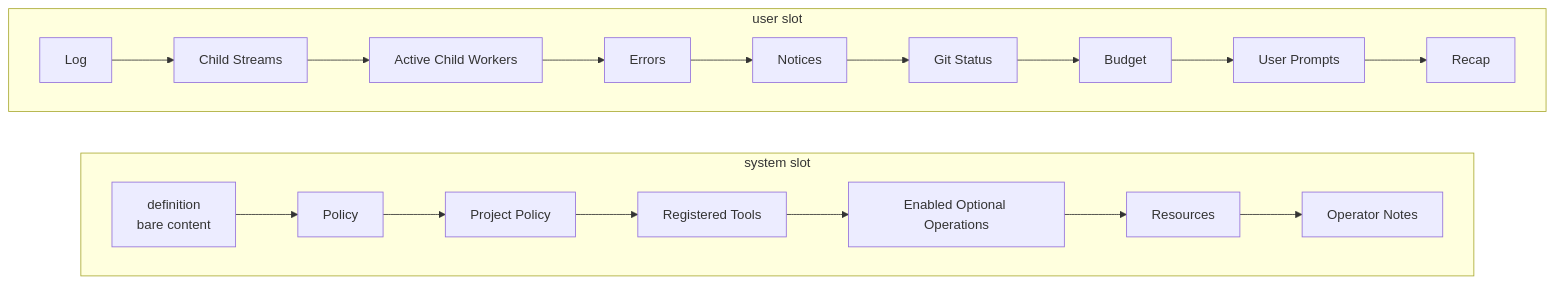
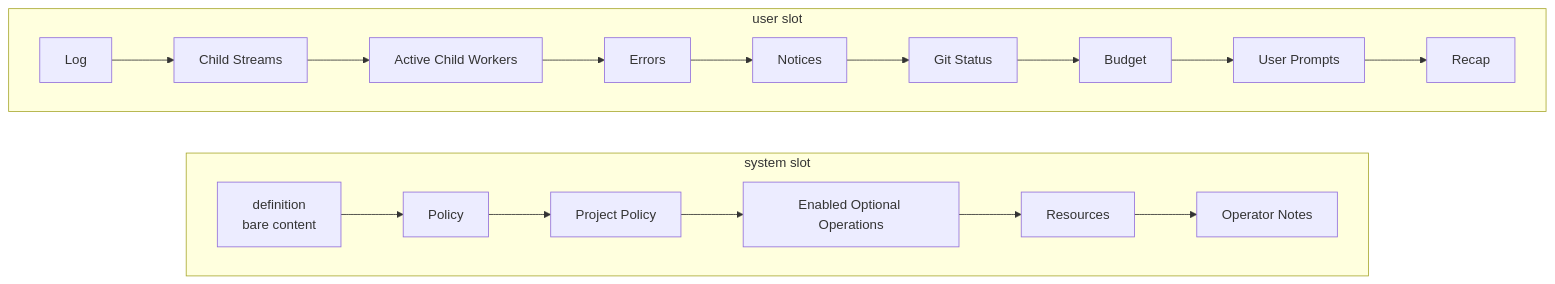
The diagram in plurnk-plurnkdown/SPEC.md (plurnk/plurnk-service), drawn with Mermaid before and after one commit. The commit also changed other lines of this file and 71 other files, not shown here.

````diff
--- a/plurnk-plurnkdown/SPEC.md
+++ b/plurnk-plurnkdown/SPEC.md
@@ -26,24 +26,23 @@
 ```mermaid
 flowchart LR
     subgraph system[system slot]
         direction LR
         definition["definition<br/>bare content"] --> policy["Policy"]
         policy --> project["Project Policy"]
-        project --> tools["Registered Tools"]
-        tools --> optional["Enabled Optional Operations"]
+        project --> optional["Enabled Optional Operations"]
         optional --> schemes["Resources"]
         schemes --> notes["Operator Notes"]
     end
 
     subgraph user[user slot]
         direction LR
         log["Log"] --> streams["Child Streams"]
         streams --> workers["Active Child Workers"]
         workers --> errors["Errors"]
         errors --> notices["Notices"]
         notices --> git["Git Status"]
         git --> budget["Budget"]
         budget --> prompts["User Prompts"]
         prompts --> recap["Recap"]
     end
 ```
````
